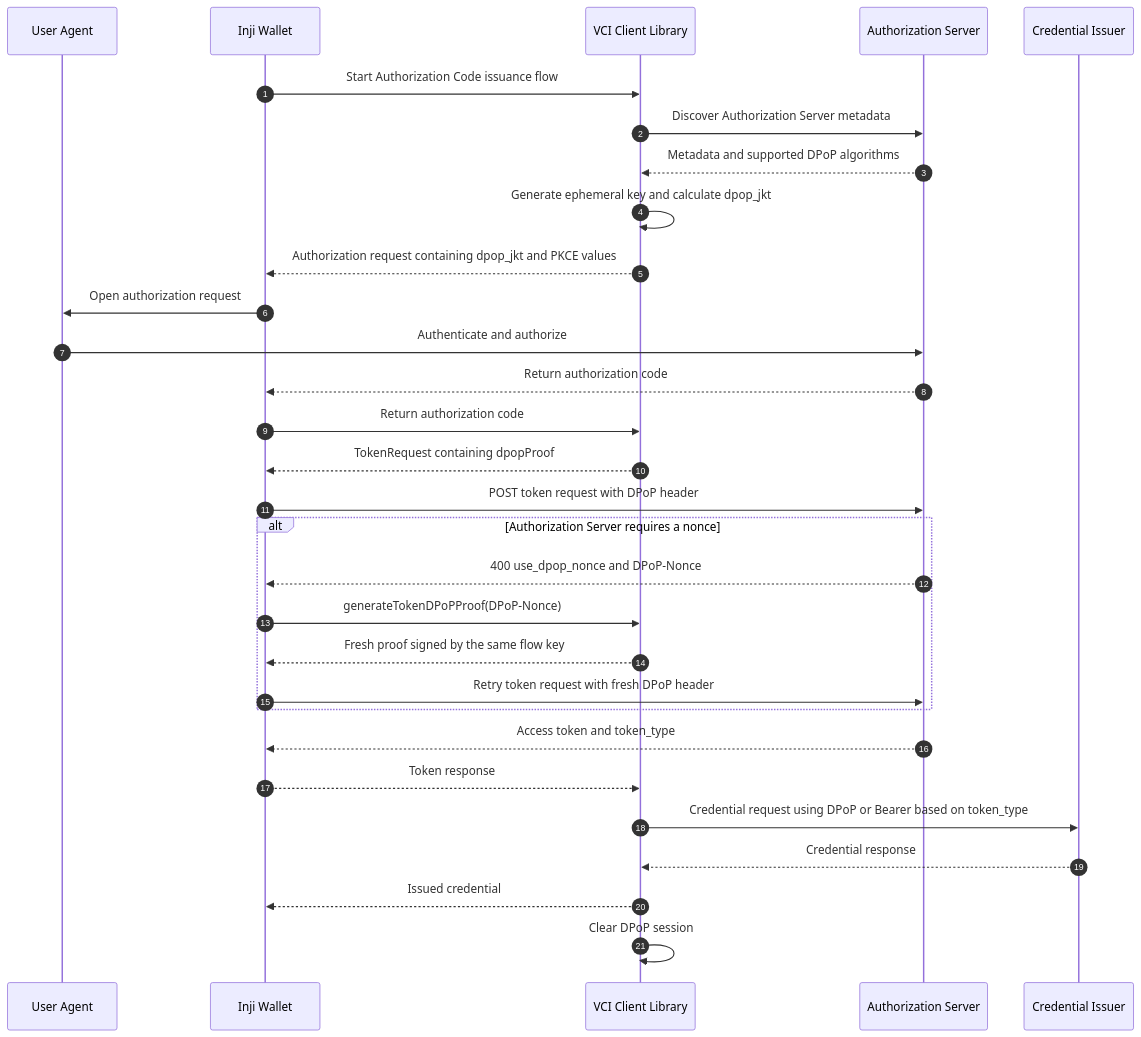
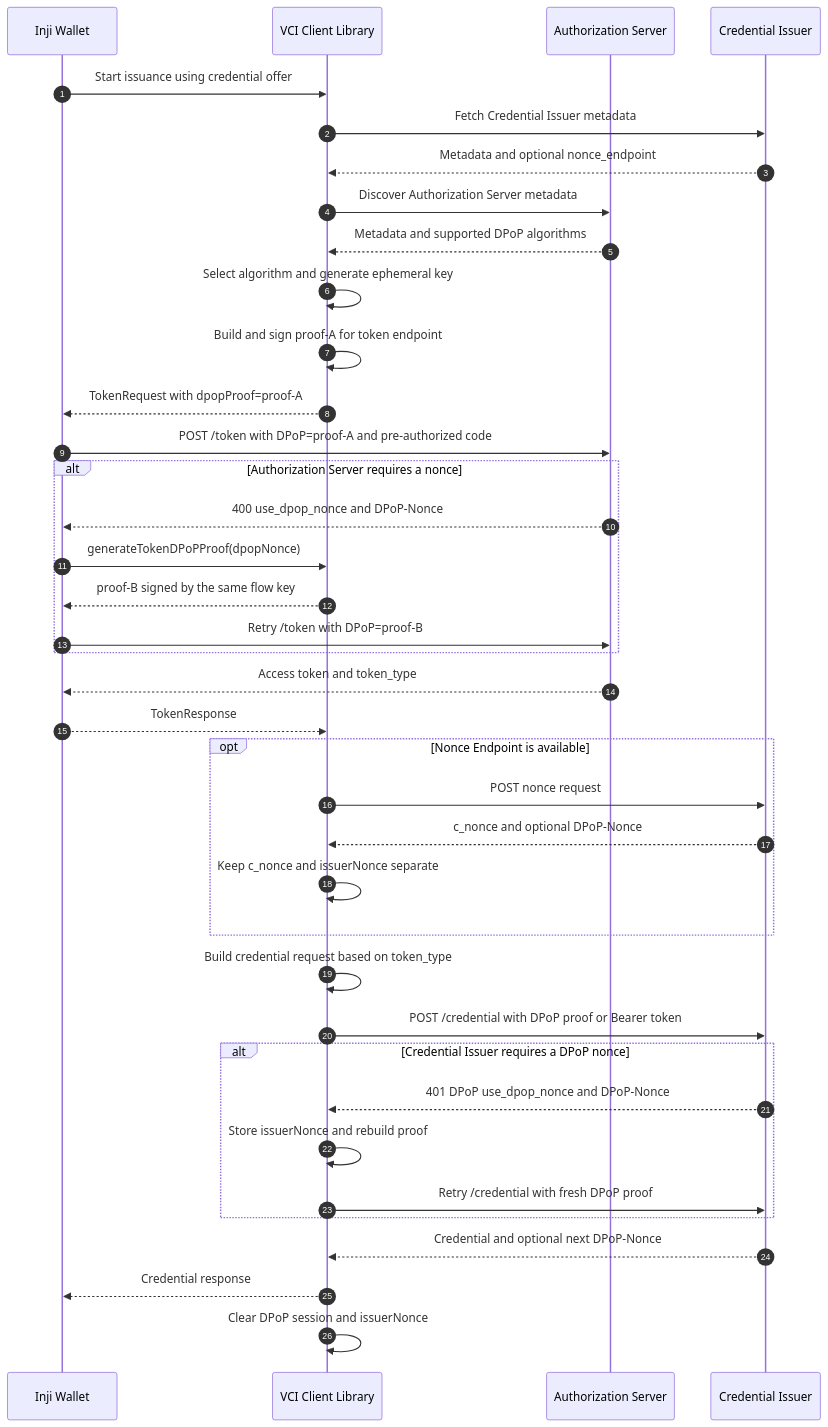
Before and after one commit to inji/inji-wallet: the second of 9 diagrams in docs/dpop-support.md, drawn with Mermaid. The commit also changed other lines of this file, not shown here.

Commit message:
docs(dpop): restore complete flow diagrams

````diff
--- a/docs/dpop-support.md
+++ b/docs/dpop-support.md
@@ -121,33 +140,41 @@
 ```mermaid
 sequenceDiagram
   autonumber
-  participant U as User Agent
   participant W as Inji Wallet
   participant L as VCI Client Library
   participant AS as Authorization Server
   participant CI as Credential Issuer
 
-  W->>L: Start Authorization Code issuance flow
+  W->>L: Start issuance using credential offer
+  L->>CI: Fetch Credential Issuer metadata
+  CI-->>L: Metadata and optional nonce_endpoint
   L->>AS: Discover Authorization Server metadata
   AS-->>L: Metadata and supported DPoP algorithms
-  L->>L: Generate ephemeral key and calculate dpop_jkt
-  L-->>W: Authorization request containing dpop_jkt and PKCE values
-  W->>U: Open authorization request
-  U->>AS: Authenticate and authorize
-  AS-->>W: Return authorization code
-  W->>L: Return authorization code
-  L-->>W: TokenRequest containing dpopProof
-  W->>AS: POST token request with DPoP header
+  L->>L: Select algorithm and generate ephemeral key
+  L->>L: Build and sign proof-A for token endpoint
+  L-->>W: TokenRequest with dpopProof=proof-A
+  W->>AS: POST /token with DPoP=proof-A and pre-authorized code
   alt Authorization Server requires a nonce
     AS-->>W: 400 use_dpop_nonce and DPoP-Nonce
-    W->>L: generateTokenDPoPProof(DPoP-Nonce)
-    L-->>W: Fresh proof signed by the same flow key
-    W->>AS: Retry token request with fresh DPoP header
+    W->>L: generateTokenDPoPProof(dpopNonce)
+    L-->>W: proof-B signed by the same flow key
+    W->>AS: Retry /token with DPoP=proof-B
   end
   AS-->>W: Access token and token_type
-  W-->>L: Token response
-  L->>CI: Credential request using DPoP or Bearer based on token_type
-  CI-->>L: Credential response
-  L-->>W: Issued credential
-  L->>L: Clear DPoP session
+  W-->>L: TokenResponse
+  opt Nonce Endpoint is available
+    L->>CI: POST nonce request
+    CI-->>L: c_nonce and optional DPoP-Nonce
+    L->>L: Keep c_nonce and issuerNonce separate
+  end
+  L->>L: Build credential request based on token_type
+  L->>CI: POST /credential with DPoP proof or Bearer token
+  alt Credential Issuer requires a DPoP nonce
+    CI-->>L: 401 DPoP use_dpop_nonce and DPoP-Nonce
+    L->>L: Store issuerNonce and rebuild proof
+    L->>CI: Retry /credential with fresh DPoP proof
+  end
+  CI-->>L: Credential and optional next DPoP-Nonce
+  L-->>W: Credential response
+  L->>L: Clear DPoP session and issuerNonce
 ```
````
